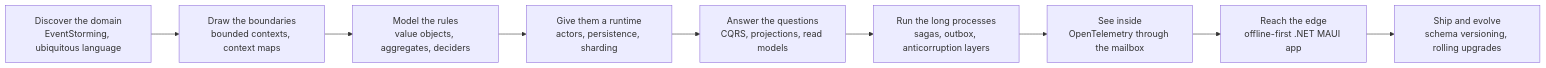
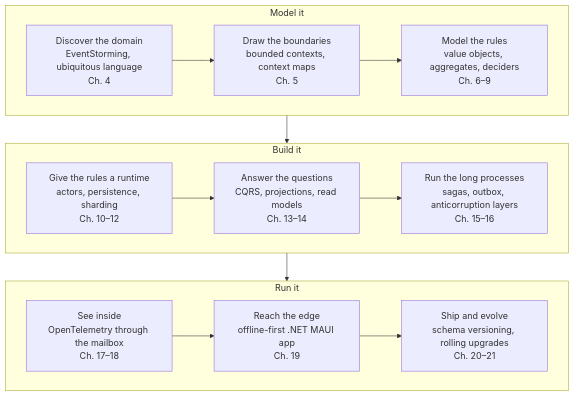
One commit to snow-jallen/ddd-actors-dotnet changed the diagram in README.md. Above: the diagram before and after it, drawn with Mermaid. The commit also changed other lines of this file and 3 other files, not shown here.

First line of the commit message:
License the book under CC BY-NC-SA 4.0; three-row README chart

````diff
--- a/README.md
+++ b/README.md
@@ -32,11 +32,16 @@
 ```mermaid
-flowchart LR
-  A["Discover the domain<br/>EventStorming, ubiquitous language"] --> B["Draw the boundaries<br/>bounded contexts, context maps"]
-  B --> C["Model the rules<br/>value objects, aggregates, deciders"]
-  C --> D["Give them a runtime<br/>actors, persistence, sharding"]
-  D --> E["Answer the questions<br/>CQRS, projections, read models"]
-  E --> F["Run the long processes<br/>sagas, outbox, anticorruption layers"]
-  F --> G["See inside<br/>OpenTelemetry through the mailbox"]
-  G --> H["Reach the edge<br/>offline-first .NET MAUI app"]
-  H --> I["Ship and evolve<br/>schema versioning, rolling upgrades"]
+flowchart TB
+  subgraph model["Model it"]
+    direction LR
+    A["Discover the domain<br/>EventStorming, ubiquitous language<br/>Ch. 4"] --> B["Draw the boundaries<br/>bounded contexts, context maps<br/>Ch. 5"] --> C["Model the rules<br/>value objects, aggregates, deciders<br/>Ch. 6–9"]
+  end
+  subgraph build["Build it"]
+    direction LR
+    D["Give the rules a runtime<br/>actors, persistence, sharding<br/>Ch. 10–12"] --> E["Answer the questions<br/>CQRS, projections, read models<br/>Ch. 13–14"] --> F["Run the long processes<br/>sagas, outbox, anticorruption layers<br/>Ch. 15–16"]
+  end
+  subgraph run["Run it"]
+    direction LR
+    G["See inside<br/>OpenTelemetry through the mailbox<br/>Ch. 17–18"] --> H["Reach the edge<br/>offline-first .NET MAUI app<br/>Ch. 19"] --> I["Ship and evolve<br/>schema versioning, rolling upgrades<br/>Ch. 20–21"]
+  end
+  model --> build --> run
 ```
````
